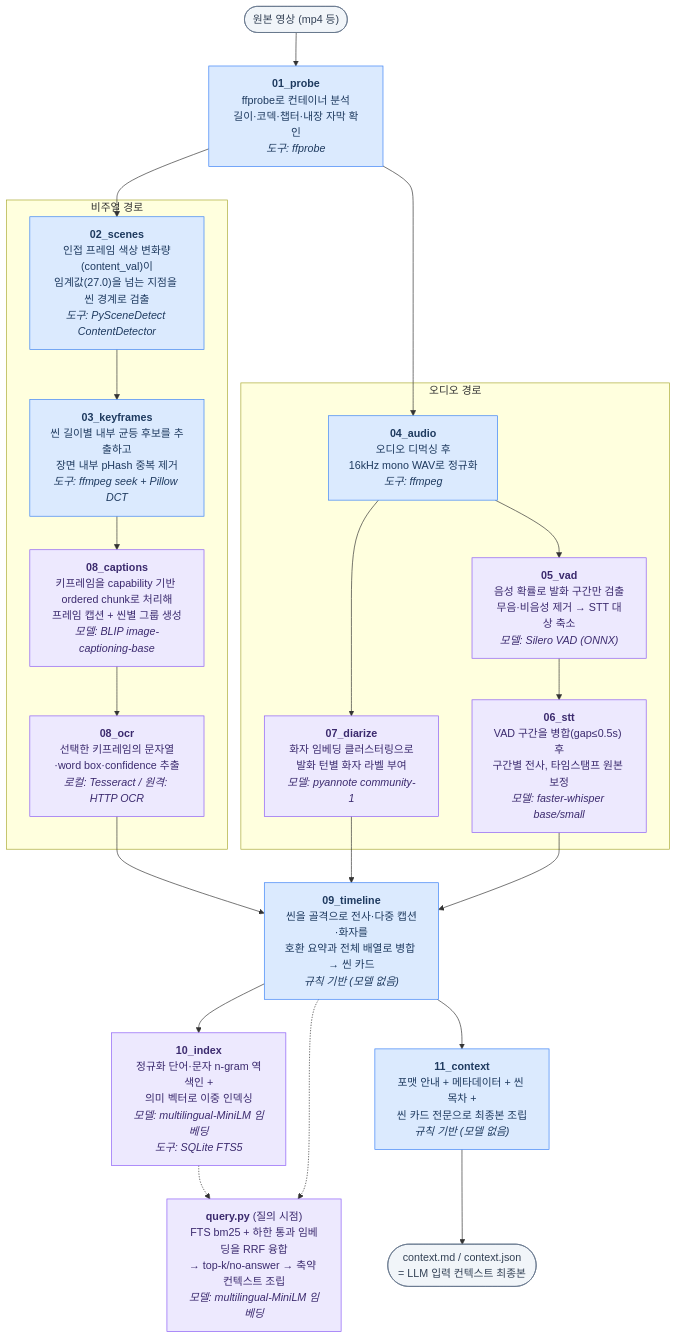
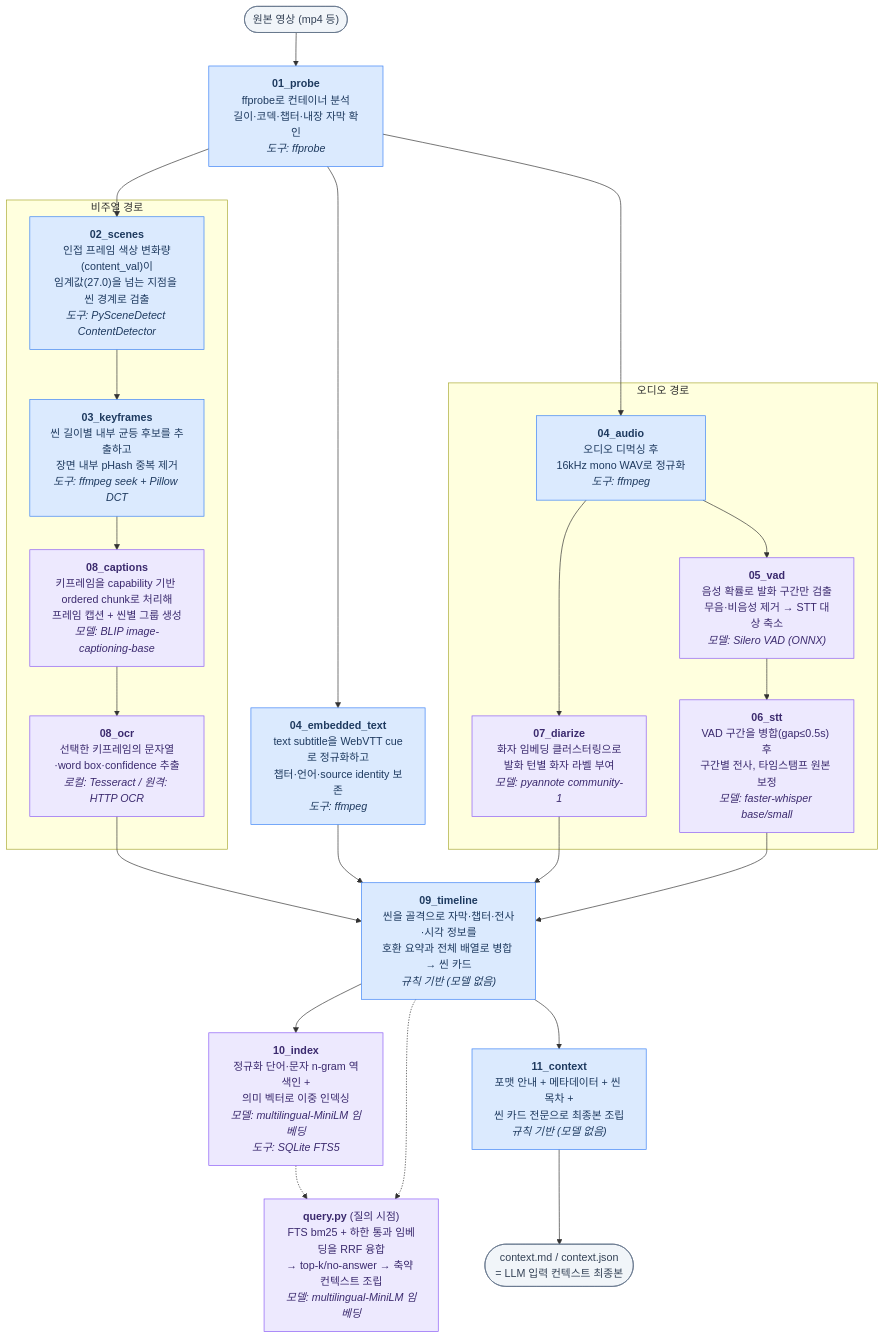
Before and after one commit to haesookimDev/video-preprocess: the diagram in docs/05-pipeline.md, drawn with Mermaid. The commit also changed other lines of this file and 8 other files, not shown here.

First line of the commit message:
docs: document embedded text architecture

````diff
--- a/docs/05-pipeline.md
+++ b/docs/05-pipeline.md
@@ -6,52 +6,56 @@
 ```mermaid
 flowchart TD
     V(["원본 영상 (mp4 등)"]) --> S01
 
     S01["<b>01_probe</b><br/>ffprobe로 컨테이너 분석<br/>길이·코덱·챕터·내장 자막 확인<br/><i>도구: ffprobe</i>"]
 
     S01 --> S02
     S01 --> S04
+    S01 --> S04T
 
     subgraph VIDEO ["비주얼 경로"]
         S02["<b>02_scenes</b><br/>인접 프레임 색상 변화량(content_val)이<br/>임계값(27.0)을 넘는 지점을 씬 경계로 검출<br/><i>도구: PySceneDetect ContentDetector</i>"]
         S03["<b>03_keyframes</b><br/>씬 길이별 내부 균등 후보를 추출하고<br/>장면 내부 pHash 중복 제거<br/><i>도구: ffmpeg seek + Pillow DCT</i>"]
         S08["<b>08_captions</b><br/>키프레임을 capability 기반 ordered chunk로 처리해<br/>프레임 캡션 + 씬별 그룹 생성<br/><i>모델: BLIP image-captioning-base</i>"]
         S08O["<b>08_ocr</b><br/>선택한 키프레임의 문자열·word box·confidence 추출<br/><i>로컬: Tesseract / 원격: HTTP OCR</i>"]
         S02 --> S03 --> S08 --> S08O
     end
+
+    S04T["<b>04_embedded_text</b><br/>text subtitle을 WebVTT cue로 정규화하고<br/>챕터·언어·source identity 보존<br/><i>도구: ffmpeg</i>"]
 
     subgraph AUDIO ["오디오 경로"]
         S04["<b>04_audio</b><br/>오디오 디먹싱 후<br/>16kHz mono WAV로 정규화<br/><i>도구: ffmpeg</i>"]
         S05["<b>05_vad</b><br/>음성 확률로 발화 구간만 검출<br/>무음·비음성 제거 → STT 대상 축소<br/><i>모델: Silero VAD (ONNX)</i>"]
         S06["<b>06_stt</b><br/>VAD 구간을 병합(gap≤0.5s) 후<br/>구간별 전사, 타임스탬프 원본 보정<br/><i>모델: faster-whisper base/small</i>"]
         S07["<b>07_diarize</b><br/>화자 임베딩 클러스터링으로<br/>발화 턴별 화자 라벨 부여<br/><i>모델: pyannote community-1</i>"]
         S04 --> S05 --> S06
         S04 --> S07
     end
 
     S08O --> S09
+    S04T --> S09
     S07 --> S09
     S06 --> S09
 
-    S09["<b>09_timeline</b><br/>씬을 골격으로 전사·다중 캡션·화자를<br/>호환 요약과 전체 배열로 병합 → 씬 카드<br/><i>규칙 기반 (모델 없음)</i>"]
+    S09["<b>09_timeline</b><br/>씬을 골격으로 자막·챕터·전사·시각 정보를<br/>호환 요약과 전체 배열로 병합 → 씬 카드<br/><i>규칙 기반 (모델 없음)</i>"]
 
     S09 --> S10
     S09 --> S11
 
     S10["<b>10_index</b><br/>정규화 단어·문자 n-gram 역색인 +<br/>의미 벡터로 이중 인덱싱<br/><i>모델: multilingual-MiniLM 임베딩<br/>도구: SQLite FTS5</i>"]
 
     S11["<b>11_context</b><br/>포맷 안내 + 메타데이터 + 씬 목차 +<br/>씬 카드 전문으로 최종본 조립<br/><i>규칙 기반 (모델 없음)</i>"]
 
     S11 --> OUT(["context.md / context.json<br/>= LLM 입력 컨텍스트 최종본"])
 
     S10 -.-> Q
     S09 -.-> Q
     Q["<b>query.py</b> (질의 시점)<br/>FTS bm25 + 하한 통과 임베딩을 RRF 융합<br/>→ top-k/no-answer → 축약 컨텍스트 조립<br/><i>모델: multilingual-MiniLM 임베딩</i>"]
 
     classDef rule fill:#dbeafe,stroke:#3b82f6,color:#1e3a5f
     classDef ml fill:#ede9fe,stroke:#8b5cf6,color:#3b2a6e
     classDef io fill:#f1f5f9,stroke:#64748b,color:#334155
-    class S01,S02,S03,S04,S09,S11 rule
+    class S01,S02,S03,S04,S04T,S09,S11 rule
     class S05,S06,S07,S08,S08O,S10,Q ml
     class V,OUT io
 ```
````
